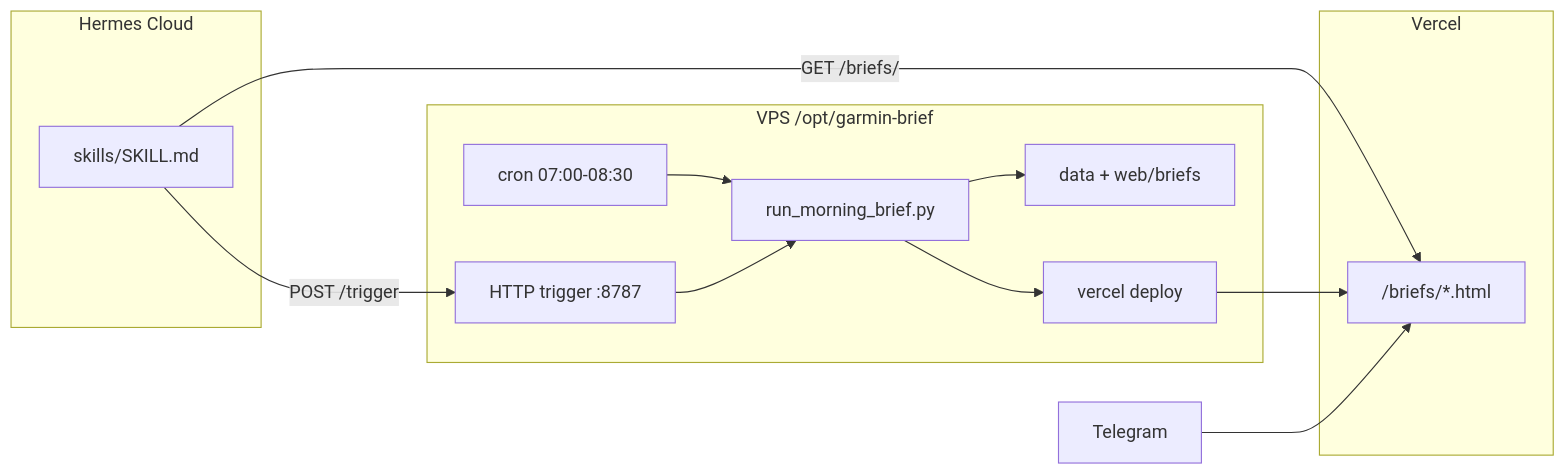
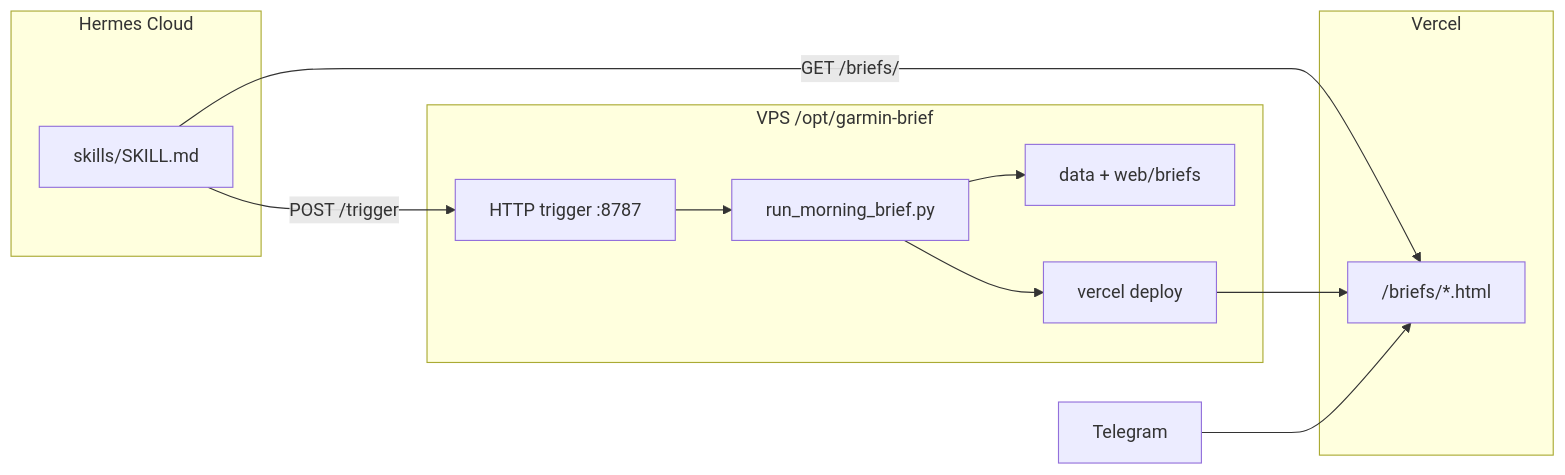
One commit to rdshuvalov-pixel/garmin_brief changed the diagram in docs/architecture.md. Above: the diagram before and after it, drawn with Mermaid. The commit also changed other lines of this file and 13 other files, not shown here.

````diff
--- a/docs/architecture.md
+++ b/docs/architecture.md
@@ -5,22 +5,20 @@
 ```mermaid
 flowchart LR
   subgraph vps [VPS /opt/garmin-brief]
-    Cron[cron 07:00-08:30]
     Trigger[HTTP trigger :8787]
     Job[run_morning_brief.py]
-    Cron --> Job
     Trigger --> Job
     Job --> Data[data + web/briefs]
     Job --> VercelCLI[vercel deploy]
   end
   subgraph vercel [Vercel]
     HTML["/briefs/*.html"]
   end
   subgraph hermes [Hermes Cloud]
     Skill[skills/SKILL.md]
     Skill -->|"POST /trigger"| Trigger
     Skill -->|"GET /briefs/"| HTML
   end
   VercelCLI --> HTML
   Telegram[Telegram] --> HTML
 ```
````
